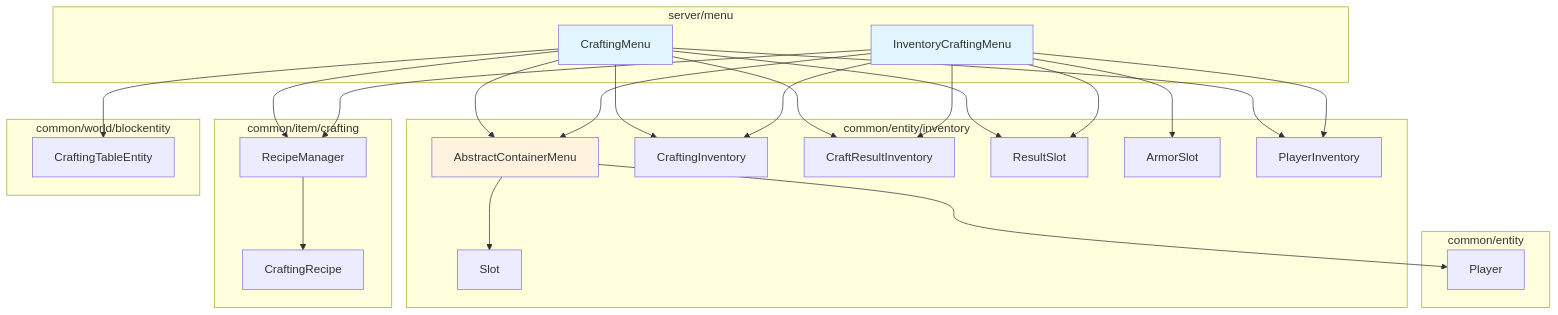
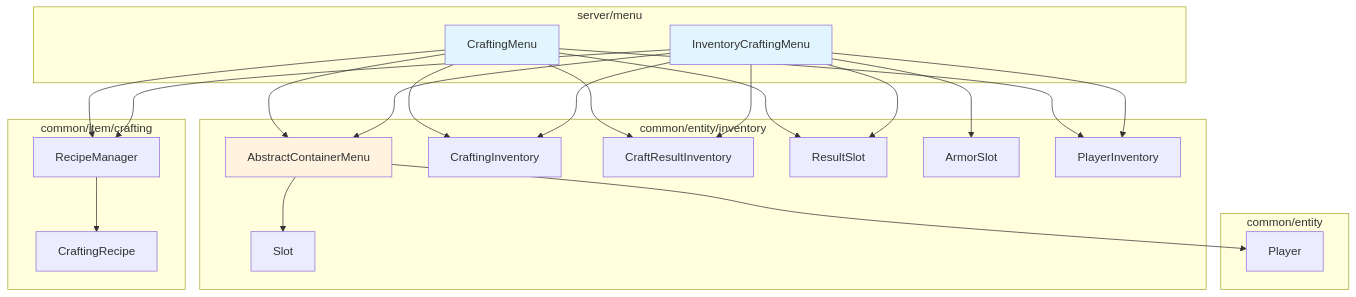
One commit to g122622/Cubium changed the diagram in src/server/menu/README.md. Above: the diagram before and after it, drawn with Mermaid. The commit also changed other lines of this file and 2 other files, not shown here.

Commit message:
docs(blockentity): README 去除已删 CraftingTableEntity 引用（批6 文档同步）
- server/menu/README.md：mermaid 图与依赖表去 CTE 节点，stillValid 描述改为纯容器恒 true。
- common/world/blockentity/README.md：文件树与模块树去 CraftingTableEntity 条目，删 #5 工作台持久化节。
- common/README.md：目录树去 CraftingTableEntity.hpp。

````diff
--- a/src/server/menu/README.md
+++ b/src/server/menu/README.md
@@ -15,52 +15,47 @@
 ```mermaid
 graph TB
     subgraph "server/menu"
         CM[CraftingMenu]
         ICM[InventoryCraftingMenu]
     end
 
     subgraph "common/entity/inventory"
         ACM[AbstractContainerMenu]
         CI[CraftingInventory]
         CRI[CraftResultInventory]
         Slot[Slot]
         RS[ResultSlot]
         AS[ArmorSlot]
         PI[PlayerInventory]
     end
 
     subgraph "common/item/crafting"
         RM[RecipeManager]
         CR[CraftingRecipe]
     end
 
-    subgraph "common/world/blockentity"
-        CTE[CraftingTableEntity]
-    end
-
     subgraph "common/entity"
         Player[Player]
     end
 
     CM --> ACM
     ICM --> ACM
     CM --> CI
     CM --> CRI
     ICM --> CI
     ICM --> CRI
     CM --> RM
     ICM --> RM
     RM --> CR
-    CM --> CTE
     CM --> PI
     ICM --> PI
     ACM --> Slot
     CM --> RS
     ICM --> RS
     ICM --> AS
     ACM --> Player
 
     style CM fill:#e1f5fe
     style ICM fill:#e1f5fe
     style ACM fill:#fff3e0
 ```
````
